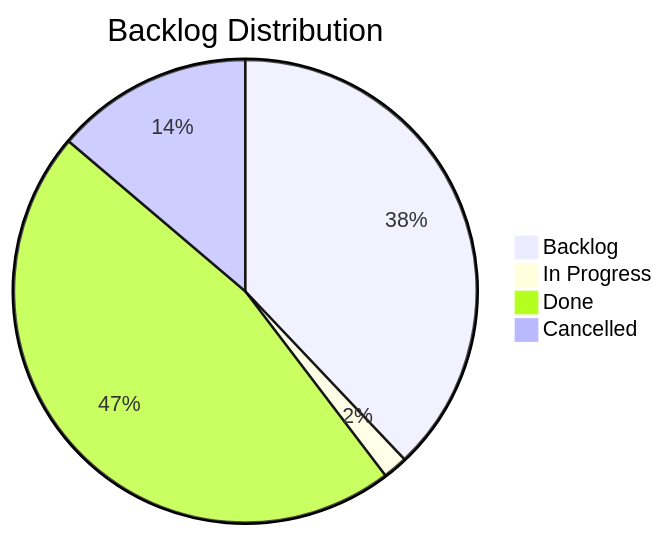
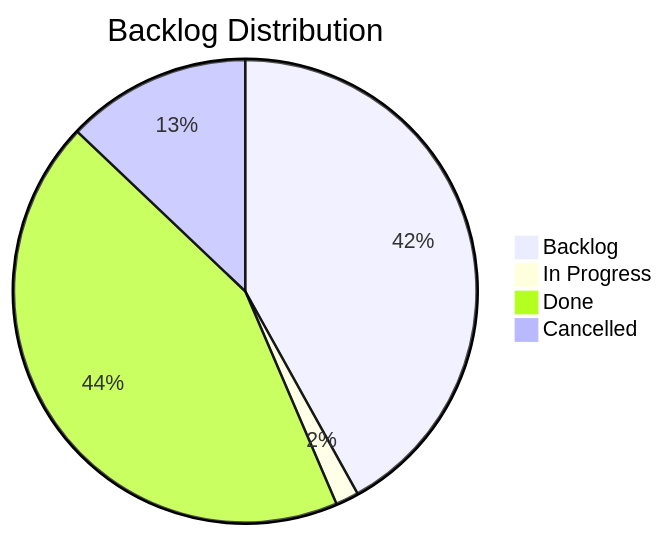
The diagram in docs/board.md (TheCodeCreature/Hytale-Example-Plugin), drawn with Mermaid before and after one commit. The commit also changed other lines of this file and 24 other files, not shown here.

````diff
--- a/docs/board.md
+++ b/docs/board.md
@@ -7,7 +7,7 @@
 ```mermaid
 pie title Backlog Distribution
-    "Backlog" : 22
+    "Backlog" : 26
     "In Progress" : 1
     "Done" : 27
     "Cancelled" : 8
 ```
````
